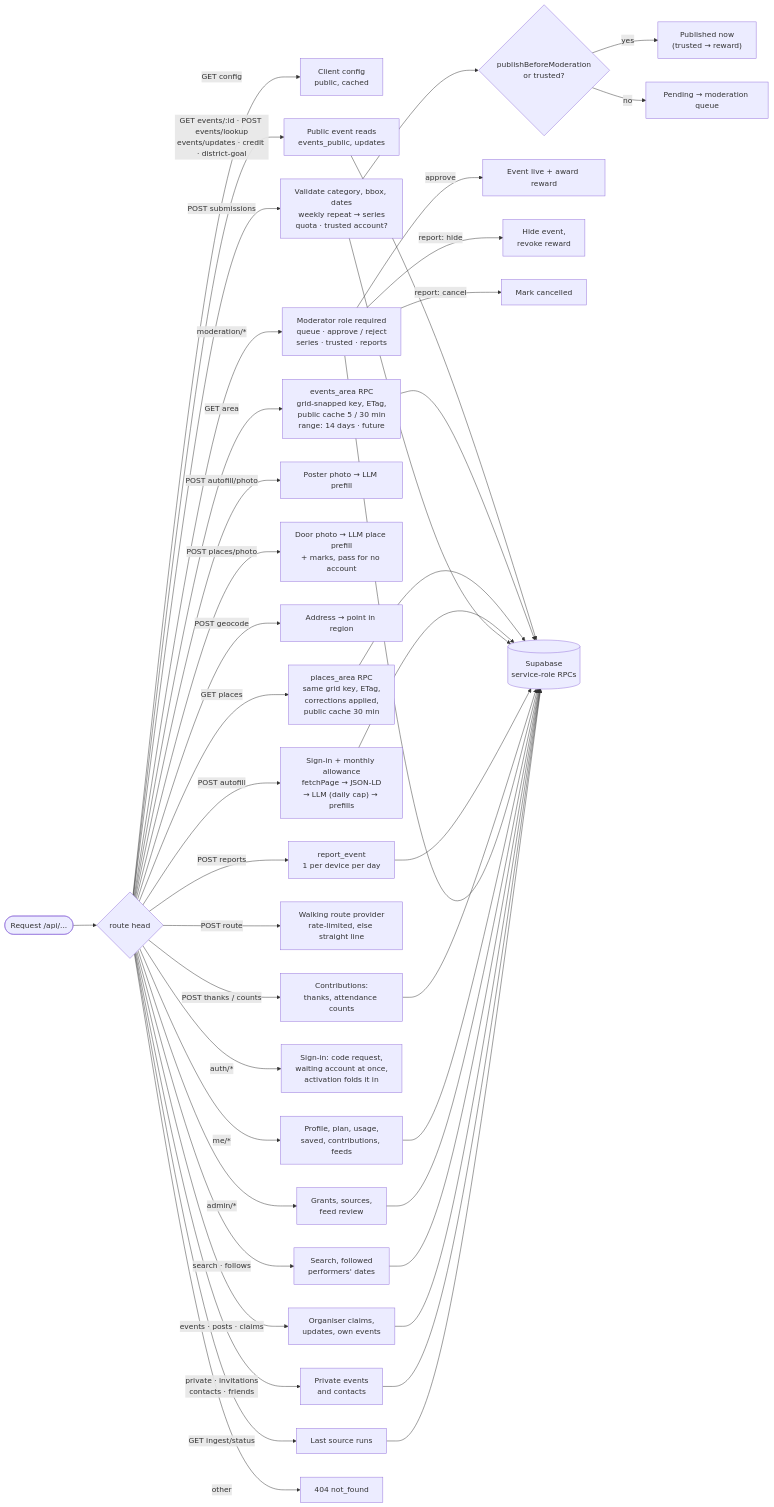
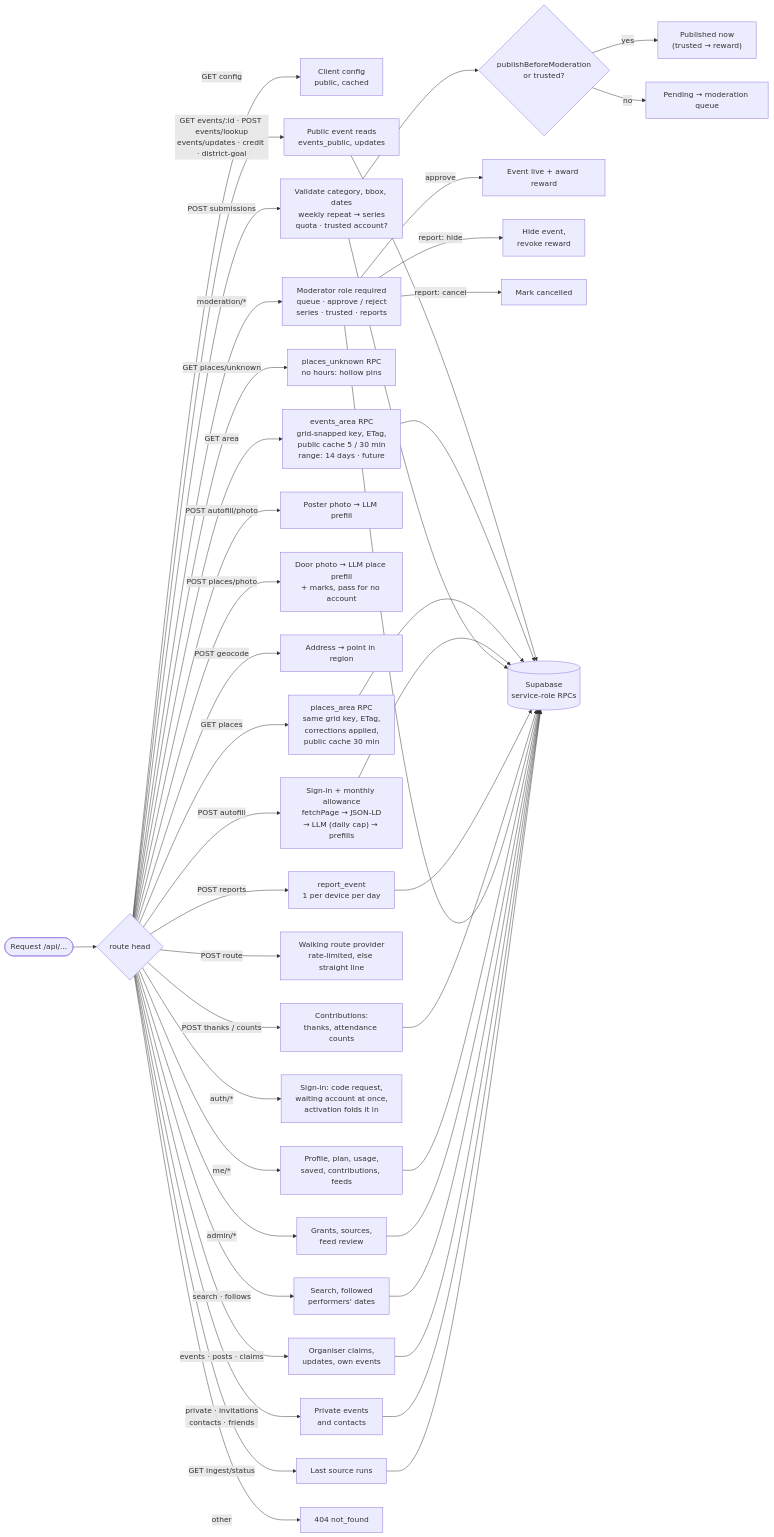
The third of 4 diagrams in docs/ARCHITECTURE.md (PriamSinbob/Happow), drawn with Mermaid before and after one commit. The commit also changed 20 other files, not shown here.

First line of the commit message:
Show places without hours close in, to add them; match same places by name

````diff
--- a/docs/ARCHITECTURE.md
+++ b/docs/ARCHITECTURE.md
@@ -123,34 +123,35 @@
 ```mermaid
 flowchart LR
   REQ(["Request /api/..."]) --> R{"route head"}
   R -- "GET config" --> CONF2["Client config<br/>public, cached"]
   R -- "GET events/:id · POST events/lookup<br/>events/updates · credit · district-goal" --> EVR["Public event reads<br/>events_public, updates"]
   R -- "GET area" --> AREA["events_area RPC<br/>grid-snapped key, ETag,<br/>public cache 5 / 30 min<br/>range: 14 days · future"]
   R -- "GET places" --> PLACES["places_area RPC<br/>same grid key, ETag,<br/>corrections applied,<br/>public cache 30 min"]
+  R -- "GET places/unknown" --> UNK["places_unknown RPC<br/>no hours: hollow pins"]
   R -- "POST autofill" --> AF["Sign-in + monthly allowance<br/>fetchPage → JSON-LD<br/>→ LLM (daily cap) → prefills"]
   R -- "POST autofill/photo" --> AFP["Poster photo → LLM prefill"]
   R -- "POST places/photo" --> PPH["Door photo → LLM place prefill<br/>+ marks, pass for no account"]
   R -- "POST geocode" --> GC["Address → point in region"]
   R -- "POST submissions" --> SUB["Validate category, bbox, dates<br/>weekly repeat → series<br/>quota · trusted account?"]
   R -- "POST reports" --> REP["report_event<br/>1 per device per day"]
   R -- "POST thanks / counts" --> CON["Contributions:<br/>thanks, attendance counts"]
   R -- "POST route" --> ROUTE["Walking route provider<br/>rate-limited, else straight line"]
   R -- "moderation/*" --> MOD["Moderator role required<br/>queue · approve / reject<br/>series · trusted · reports"]
   R -- "auth/*" --> AUTH["Sign-in: code request,<br/>waiting account at once,<br/>activation folds it in"]
   R -- "me/*" --> ME["Profile, plan, usage,<br/>saved, contributions, feeds"]
   R -- "admin/*" --> ADM["Grants, sources,<br/>feed review"]
   R -- "search · follows" --> FOL["Search, followed<br/>performers' dates"]
   R -- "events · posts · claims" --> ORG["Organiser claims,<br/>updates, own events"]
   R -- "private · invitations<br/>contacts · friends" --> PRIV["Private events<br/>and contacts"]
   R -- "GET ingest/status" --> IST["Last source runs"]
   R -- other --> E404["404 not_found"]
 
   SUB --> PUB{"publishBeforeModeration<br/>or trusted?"}
   PUB -- yes --> LIVE["Published now<br/>(trusted → reward)"]
   PUB -- no --> PEND["Pending → moderation queue"]
   MOD -- approve --> AWARD["Event live + award reward"]
   MOD -- "report: hide" --> REVOKE["Hide event,<br/>revoke reward"]
   MOD -- "report: cancel" --> CANC["Mark cancelled"]
 
   EVR & AREA & PLACES & AF & SUB & REP & CON & MOD & ME & ADM & FOL & ORG & PRIV & IST --> DB[("Supabase<br/>service-role RPCs")]
 ```
````
